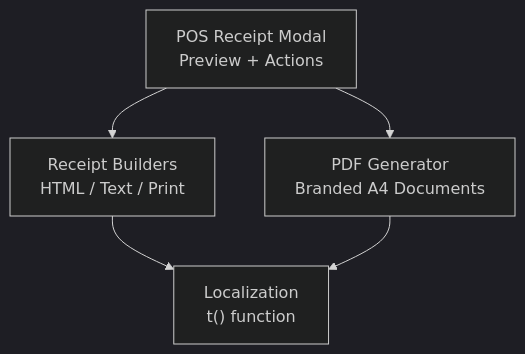
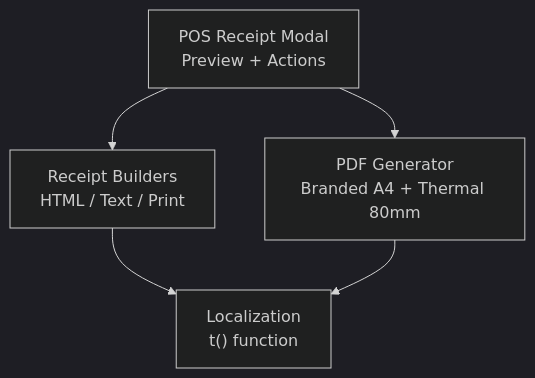
One commit to themclloyd/storq changed the first of 10 diagrams in .qoder/repowiki/en/content/Point of Sale System/Receipt Generation.md. Above: the diagram before and after it, drawn with Mermaid (dark theme). The commit also changed other lines of this file and 27 other files, not shown here.

````diff
--- a/.qoder/repowiki/en/content/Point of Sale System/Receipt Generation.md
+++ b/.qoder/repowiki/en/content/Point of Sale System/Receipt Generation.md
@@ -38,7 +45,7 @@
 ```mermaid
 graph TB
 UI["POS Receipt Modal<br/>Preview + Actions"] --> Render["Receipt Builders<br/>HTML / Text / Print"]
-UI --> Pdf["PDF Generator<br/>Branded A4 Documents"]
+UI --> Pdf["PDF Generator<br/>Branded A4 + Thermal 80mm"]
 Render --> I18n["Localization<br/>t() function"]
 Pdf --> I18n
 ```
````
